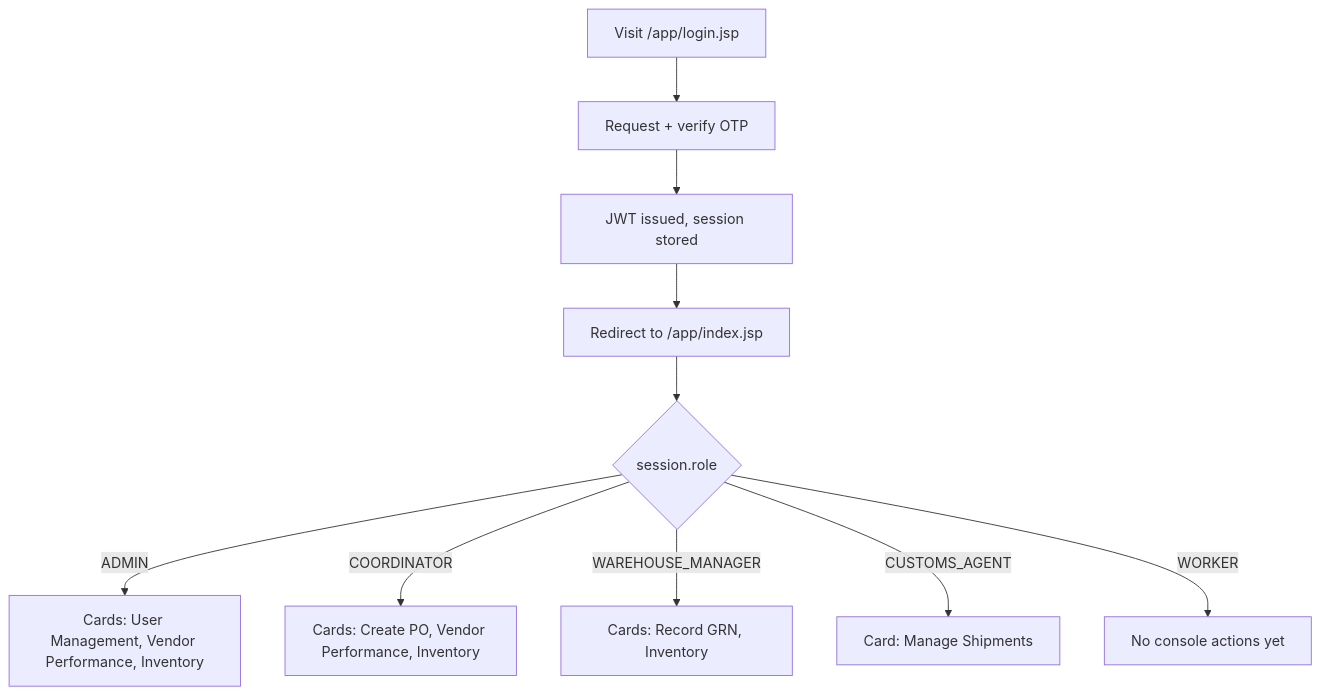
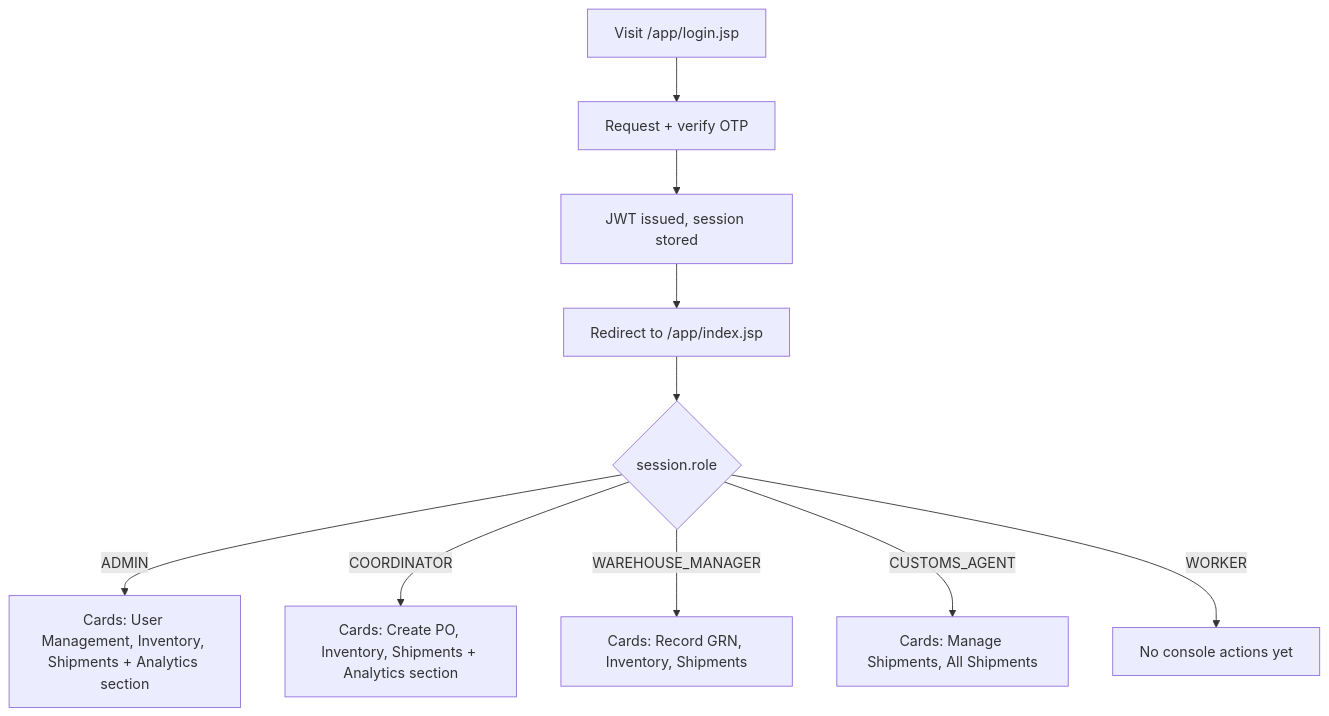
Before and after one commit to wishva-kalhara/GlobalTradeLogistics: diagram 12 of 26 in .no-build/docs/E2E_FLOWS.md, drawn with Mermaid. The commit also changed other lines of this file and 5 other files, not shown here.

````diff
--- a/.no-build/docs/E2E_FLOWS.md
+++ b/.no-build/docs/E2E_FLOWS.md
@@ -145,12 +177,12 @@
 ```mermaid
 flowchart TD
     A[Visit /app/login.jsp] --> B[Request + verify OTP]
     B --> C[JWT issued, session stored]
     C --> D[Redirect to /app/index.jsp]
     D --> E{session.role}
-    E -- ADMIN --> F["Cards: User Management, Vendor Performance, Inventory"]
-    E -- COORDINATOR --> G["Cards: Create PO, Vendor Performance, Inventory"]
-    E -- WAREHOUSE_MANAGER --> H["Cards: Record GRN, Inventory"]
-    E -- CUSTOMS_AGENT --> I["Card: Manage Shipments"]
+    E -- ADMIN --> F["Cards: User Management, Inventory, Shipments + Analytics section"]
+    E -- COORDINATOR --> G["Cards: Create PO, Inventory, Shipments + Analytics section"]
+    E -- WAREHOUSE_MANAGER --> H["Cards: Record GRN, Inventory, Shipments"]
+    E -- CUSTOMS_AGENT --> I["Cards: Manage Shipments, All Shipments"]
     E -- WORKER --> J["No console actions yet"]
 ```
````
